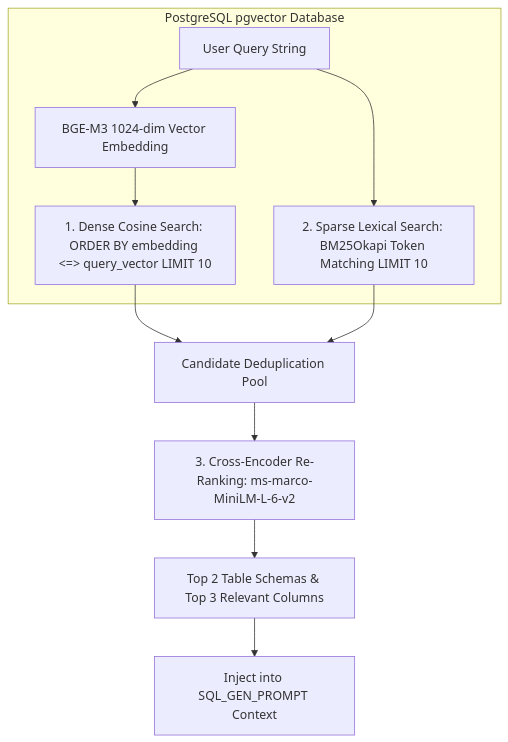
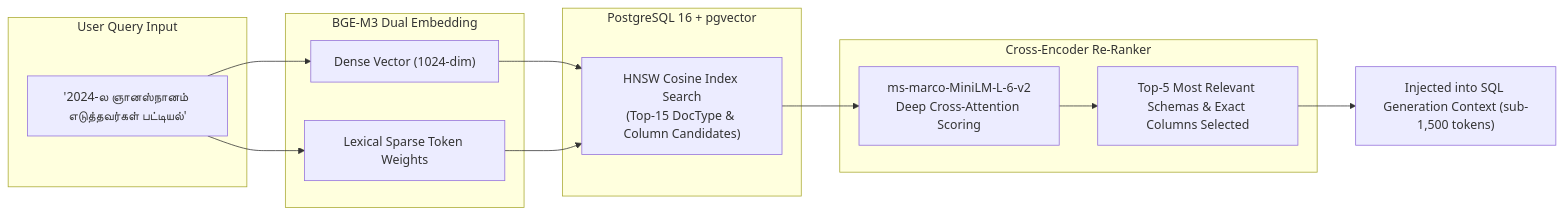
Before and after one commit to mcaajay2-coder/frappe-chat-bot: the seventh of 8 diagrams in MERMAID_DIAGRAMS.md, drawn with Mermaid. The commit also changed other lines of this file, not shown here.

Commit message:
Update complete master system workflow and sequence diagrams collection v2.0

````diff
--- a/MERMAID_DIAGRAMS.md
+++ b/MERMAID_DIAGRAMS.md
@@ -377,17 +475,29 @@
 ```mermaid
-graph TD
-    Query[User Query String] --> Embed[BGE-M3 1024-dim Vector Embedding]
-    
-    subgraph Vector_DB [PostgreSQL pgvector Database]
-        Embed --> DenseSearch[1. Dense Cosine Search: ORDER BY embedding <=> query_vector LIMIT 10]
-        Query --> SparseSearch[2. Sparse Lexical Search: BM25Okapi Token Matching LIMIT 10]
+flowchart LR
+    subgraph Query_Input ["User Query Input"]
+        RawQ["'2024-ல ஞானஸ்நானம் எடுத்தவர்கள் பட்டியல்'"]
     end
-    
-    DenseSearch --> UnionPool[Candidate Deduplication Pool]
-    SparseSearch --> UnionPool
-    
-    UnionPool --> CrossEncoder[3. Cross-Encoder Re-Ranking: ms-marco-MiniLM-L-6-v2]
-    CrossEncoder --> TopK[Top 2 Table Schemas & Top 3 Relevant Columns]
-    
-    TopK --> LLMPrompt[Inject into SQL_GEN_PROMPT Context]
+
+    subgraph Embedding_Engine ["BGE-M3 Dual Embedding"]
+        DenseEmbed["Dense Vector (1024-dim)"]
+        SparseLexical["Lexical Sparse Token Weights"]
+    end
+
+    RawQ --> DenseEmbed
+    RawQ --> SparseLexical
+
+    subgraph Vector_DB ["PostgreSQL 16 + pgvector"]
+        HNSWIndex["HNSW Cosine Index Search<br/>(Top-15 DocType & Column Candidates)"]
+    end
+
+    DenseEmbed --> HNSWIndex
+    SparseLexical --> HNSWIndex
+
+    subgraph Cross_Encoder ["Cross-Encoder Re-Ranker"]
+        MiniLM["ms-marco-MiniLM-L-6-v2<br/>Deep Cross-Attention Scoring"]
+        TopK["Top-5 Most Relevant Schemas & Exact Columns Selected"]
+    end
+
+    HNSWIndex --> MiniLM --> TopK
+    TopK --> PromptContext["Injected into SQL Generation Context (sub-1,500 tokens)"]
 ```
````
